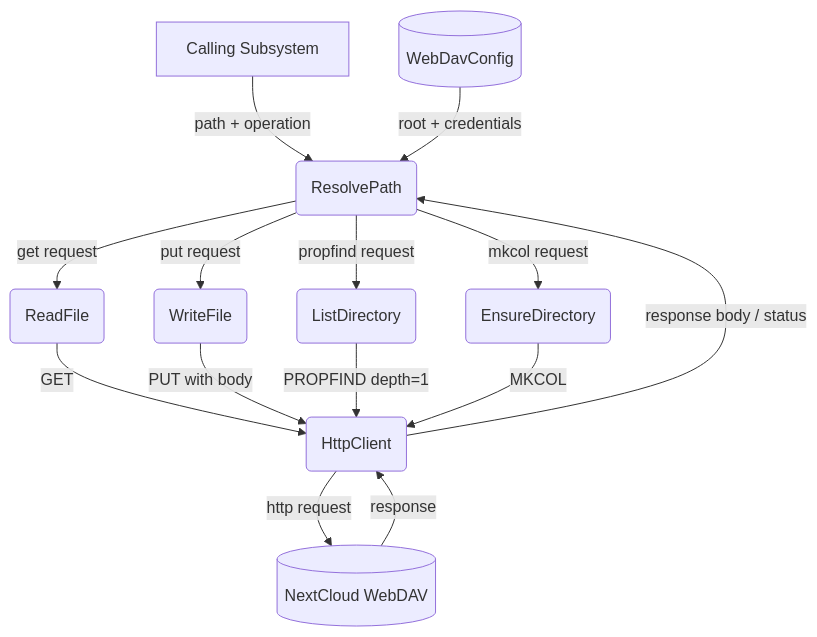
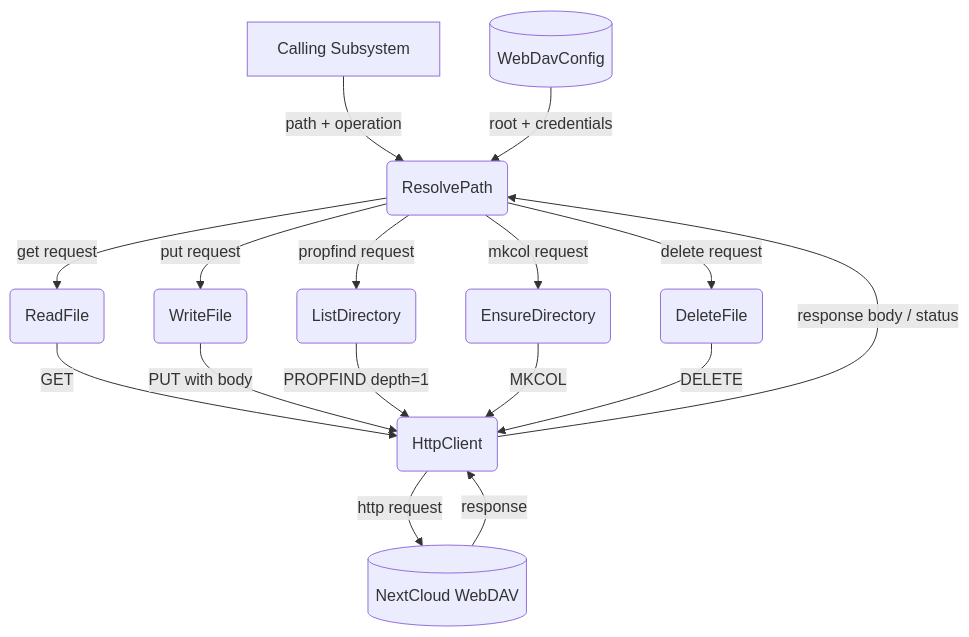
Before and after one commit to cosmoswafer/rockbot: the first of 3 diagrams in _dfds/tools/webdav.md, drawn with Mermaid. The commit also changed other lines of this file and 9 other files, not shown here.

````diff
--- a/_dfds/tools/webdav.md
+++ b/_dfds/tools/webdav.md
@@ -18,26 +22,29 @@
 ```mermaid
 flowchart TD
     CALLER[Calling Subsystem]
     CFG[(WebDavConfig)]
     RESOLVE(ResolvePath)
     READ(ReadFile)
     WRITE(WriteFile)
     LIST(ListDirectory)
     MKDIR(EnsureDirectory)
+    DELETE(DeleteFile)
     HTTP(HttpClient)
     NC[(NextCloud WebDAV)]
 
     CALLER -->|"path + operation"| RESOLVE
     CFG -->|"root + credentials"| RESOLVE
     RESOLVE -->|"get request"| READ
     RESOLVE -->|"put request"| WRITE
     RESOLVE -->|"propfind request"| LIST
     RESOLVE -->|"mkcol request"| MKDIR
+    RESOLVE -->|"delete request"| DELETE
     READ -->|"GET"| HTTP
     WRITE -->|"PUT with body"| HTTP
     LIST -->|"PROPFIND depth=1"| HTTP
     MKDIR -->|"MKCOL"| HTTP
+    DELETE -->|"DELETE"| HTTP
     HTTP -->|"http request"| NC
     NC -->|"response"| HTTP
     HTTP -->|"response body / status"| RESOLVE
 ```
````
